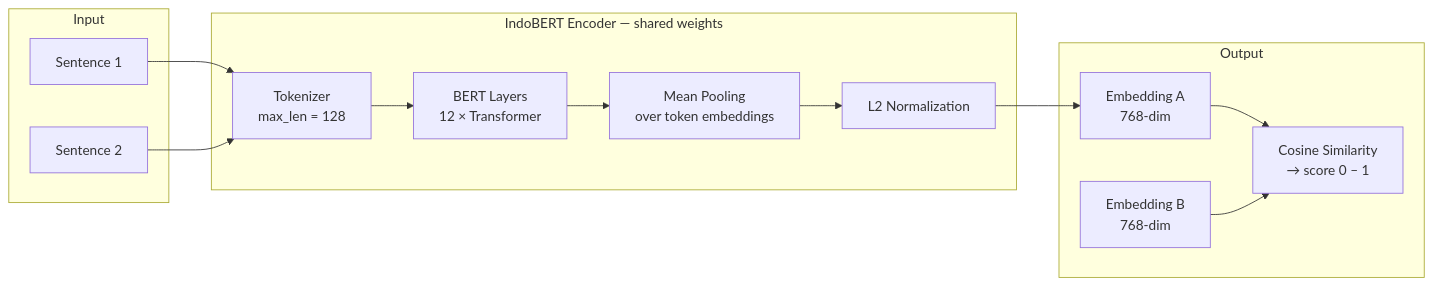
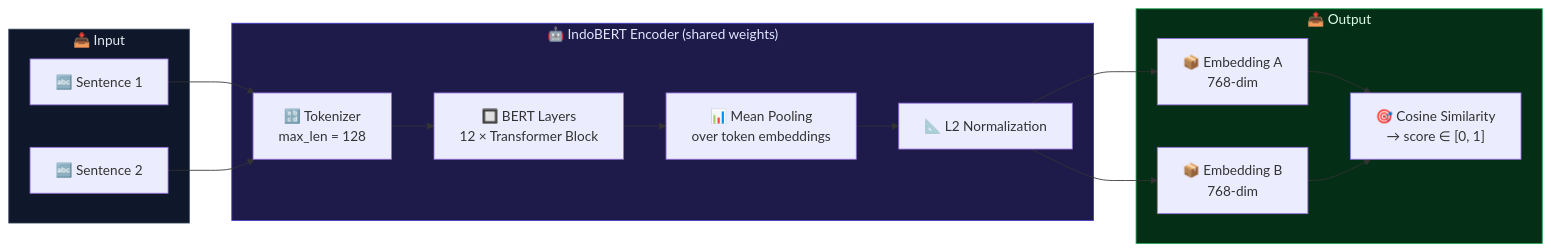
Before and after one commit to f4tahitsYours/indonesian-sts-embeddings: the second of 6 diagrams in README.md, drawn with Mermaid. The commit also changed other lines of this file, not shown here.

````diff
--- a/README.md
+++ b/README.md
@@ -158,25 +174,30 @@
 ```mermaid
 flowchart LR
-    subgraph Input["Input"]
-        S1[Sentence 1]
-        S2[Sentence 2]
+    subgraph INPUT["  📥 Input  "]
+        S1["🔤 Sentence 1"]
+        S2["🔤 Sentence 2"]
     end
 
-    subgraph Encoder["IndoBERT Encoder — shared weights"]
-        T1["Tokenizer\nmax_len = 128"]
-        B1["BERT Layers\n12 × Transformer"]
-        P1["Mean Pooling\nover token embeddings"]
-        N1["L2 Normalization"]
+    subgraph ENCODER["  🤖 IndoBERT Encoder  (shared weights)  "]
+        T1["🔡 Tokenizer\nmax_len = 128"]
+        B1["🔲 BERT Layers\n12 × Transformer Block"]
+        P1["📊 Mean Pooling\nover token embeddings"]
+        N1["📐 L2 Normalization"]
     end
 
-    subgraph Output["Output"]
-        E1["Embedding A\n768-dim"]
-        E2["Embedding B\n768-dim"]
-        CS["Cosine Similarity\n→ score 0 – 1"]
+    subgraph OUTPUT["  📤 Output  "]
+        E1["📦 Embedding A\n768-dim"]
+        E2["📦 Embedding B\n768-dim"]
+        CS["🎯 Cosine Similarity\n→ score ∈ [0, 1]"]
     end
 
     S1 --> T1 --> B1 --> P1 --> N1 --> E1
     S2 --> T1
     E1 --> CS
     E2 --> CS
+    N1 --> E2
+
+    style INPUT fill:#0f172a,color:#e2e8f0,stroke:#334155
+    style ENCODER fill:#1e1b4b,color:#e0e7ff,stroke:#4338ca
+    style OUTPUT fill:#052e16,color:#dcfce7,stroke:#16a34a
 ```
````
